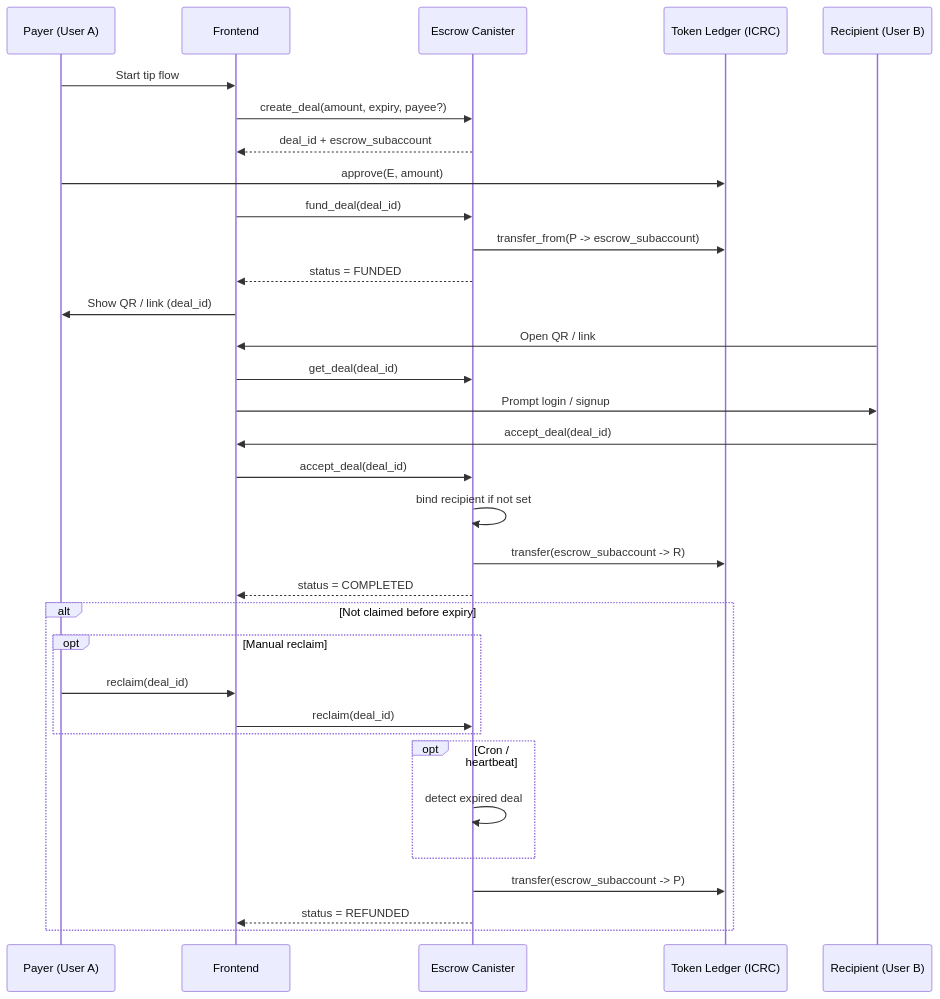
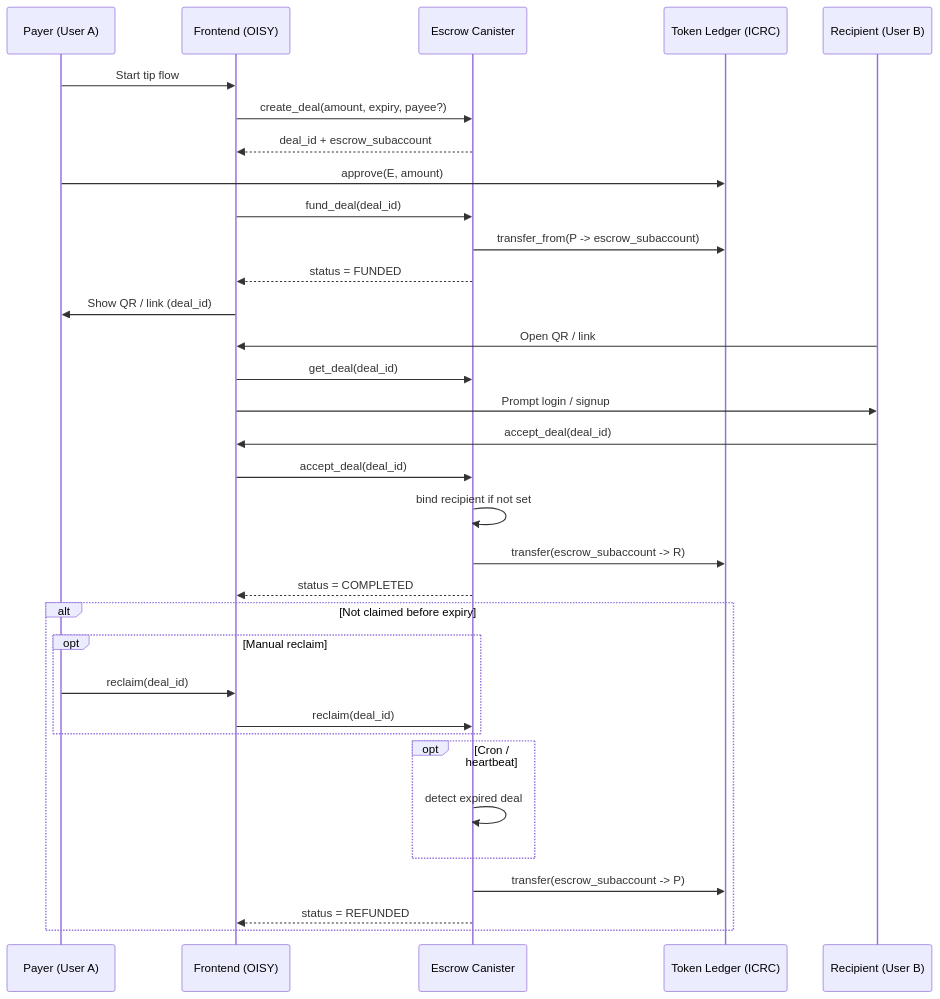
One commit to dfinity/oisy-wallet changed the first of 2 diagrams in TIPS.md. Above: the diagram before and after it, drawn with Mermaid.

````diff
--- a/TIPS.md
+++ b/TIPS.md
@@ -32,50 +32,50 @@
 ```mermaid
 sequenceDiagram
     participant P as Payer (User A)
-    participant F as Frontend
+    participant F as Frontend (OISY)
     participant E as Escrow Canister
     participant L as Token Ledger (ICRC)
     participant R as Recipient (User B)
 
     %% --- CREATE DEAL ---
     P->>F: Start tip flow
     F->>E: create_deal(amount, expiry, payee?)
     E-->>F: deal_id + escrow_subaccount
 
     %% --- FUNDING ---
     P->>L: approve(E, amount)
     F->>E: fund_deal(deal_id)
     E->>L: transfer_from(P -> escrow_subaccount)
     E-->>F: status = FUNDED
 
     %% --- SHARE ---
     F->>P: Show QR / link (deal_id)
 
     %% --- CLAIM ---
     R->>F: Open QR / link
     F->>E: get_deal(deal_id)
     F->>R: Prompt login / signup
 
     R->>F: accept_deal(deal_id)
     F->>E: accept_deal(deal_id)
 
     %% --- BIND RECIPIENT ---
     E->>E: bind recipient if not set
 
     %% --- SETTLEMENT ---
     E->>L: transfer(escrow_subaccount -> R)
     E-->>F: status = COMPLETED
 
     %% --- EXPIRY PATH ---
     alt Not claimed before expiry
         opt Manual reclaim
             P->>F: reclaim(deal_id)
             F->>E: reclaim(deal_id)
         end
         opt Cron / heartbeat
             E->>E: detect expired deal
         end
         E->>L: transfer(escrow_subaccount -> P)
         E-->>F: status = REFUNDED
     end
 ```
````
